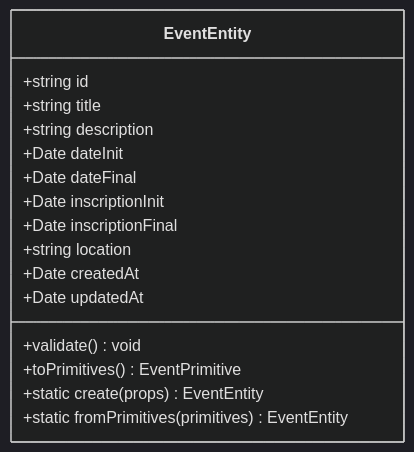
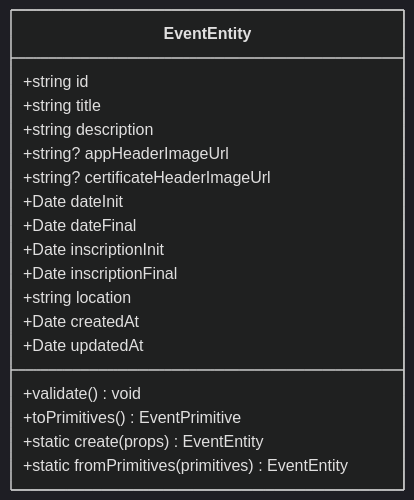
The third of 7 diagrams in docs/MODELO_DADOS.md (salesadriano/eventos), drawn with Mermaid (dark theme) before and after one commit. The commit also changed other lines of this file and 84 other files, not shown here.

````diff
--- a/docs/MODELO_DADOS.md
+++ b/docs/MODELO_DADOS.md
@@ -145,19 +163,21 @@
 ```mermaid
 classDiagram
     class EventEntity {
         +string id
         +string title
         +string description
+        +string? appHeaderImageUrl
+        +string? certificateHeaderImageUrl
         +Date dateInit
         +Date dateFinal
         +Date inscriptionInit
         +Date inscriptionFinal
         +string location
         +Date createdAt
         +Date updatedAt
         +validate() void
         +toPrimitives() EventPrimitive
         +static create(props) EventEntity
         +static fromPrimitives(primitives) EventEntity
     }
 ```
````
